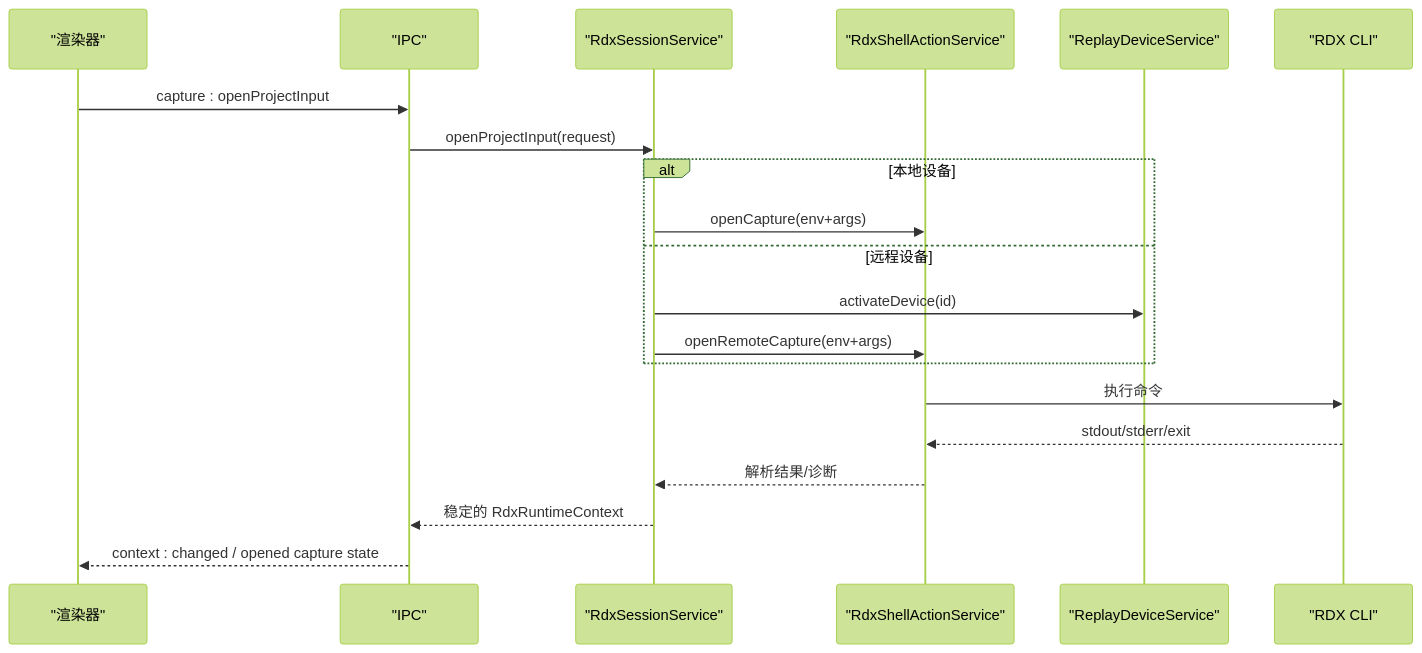
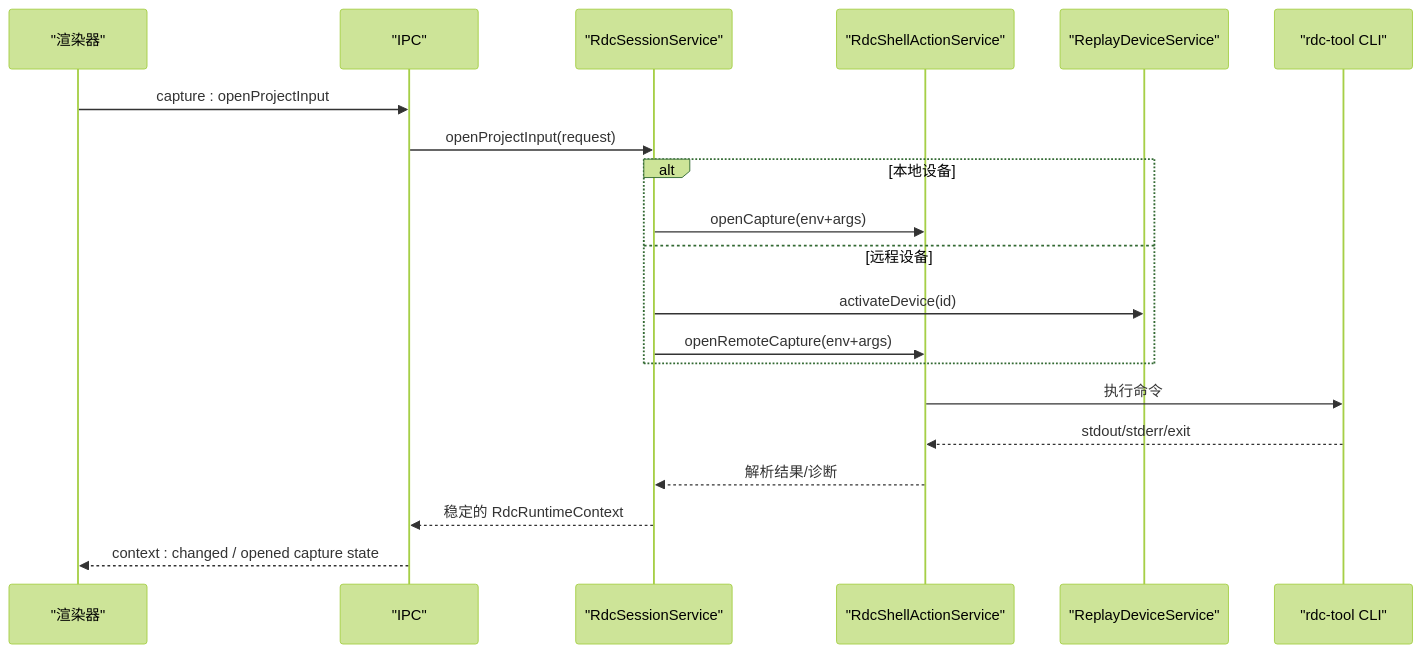
Before and after one commit to haolange/RDC-Agent: the fifth of 8 diagrams in .qoder/repowiki/zh/content/架构设计/架构设计.md, drawn with Mermaid (forest theme). The commit also changed other lines of this file and 557 other files, not shown here.

First line of the commit message:
Unify RDC-Agent identity and canonical RDC-Tool integration

````diff
--- a/.qoder/repowiki/zh/content/架构设计/架构设计.md
+++ b/.qoder/repowiki/zh/content/架构设计/架构设计.md
@@ -188,22 +188,22 @@
 ```mermaid
 sequenceDiagram
 participant UI as "渲染器"
 participant IPC as "IPC"
-participant Svc as "RdxSessionService"
-participant Act as "RdxShellActionService"
+participant Svc as "RdcSessionService"
+participant Act as "RdcShellActionService"
 participant Dev as "ReplayDeviceService"
-participant CLI as "RDX CLI"
+participant CLI as "rdc-tool CLI"
 UI->>IPC : capture : openProjectInput
 IPC->>Svc : openProjectInput(request)
 alt 本地设备
 Svc->>Act : openCapture(env+args)
 else 远程设备
 Svc->>Dev : activateDevice(id)
 Svc->>Act : openRemoteCapture(env+args)
 end
 Act->>CLI : 执行命令
 CLI-->>Act : stdout/stderr/exit
 Act-->>Svc : 解析结果/诊断
-Svc-->>IPC : 稳定的 RdxRuntimeContext
+Svc-->>IPC : 稳定的 RdcRuntimeContext
 IPC-->>UI : context : changed / opened capture state
 ```
````
